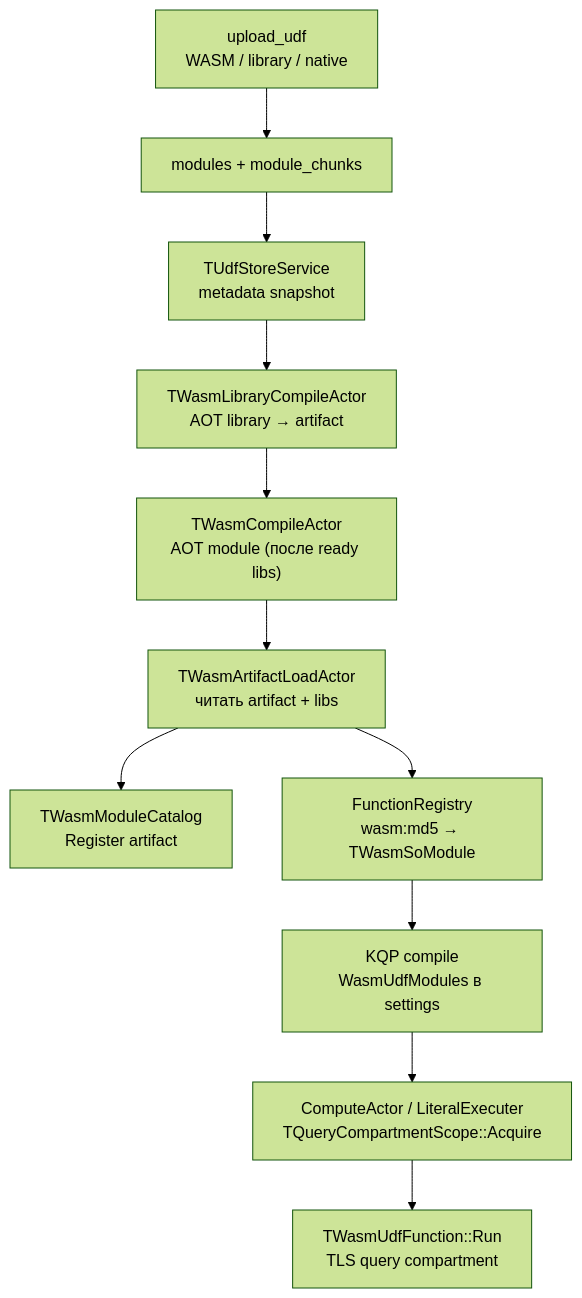
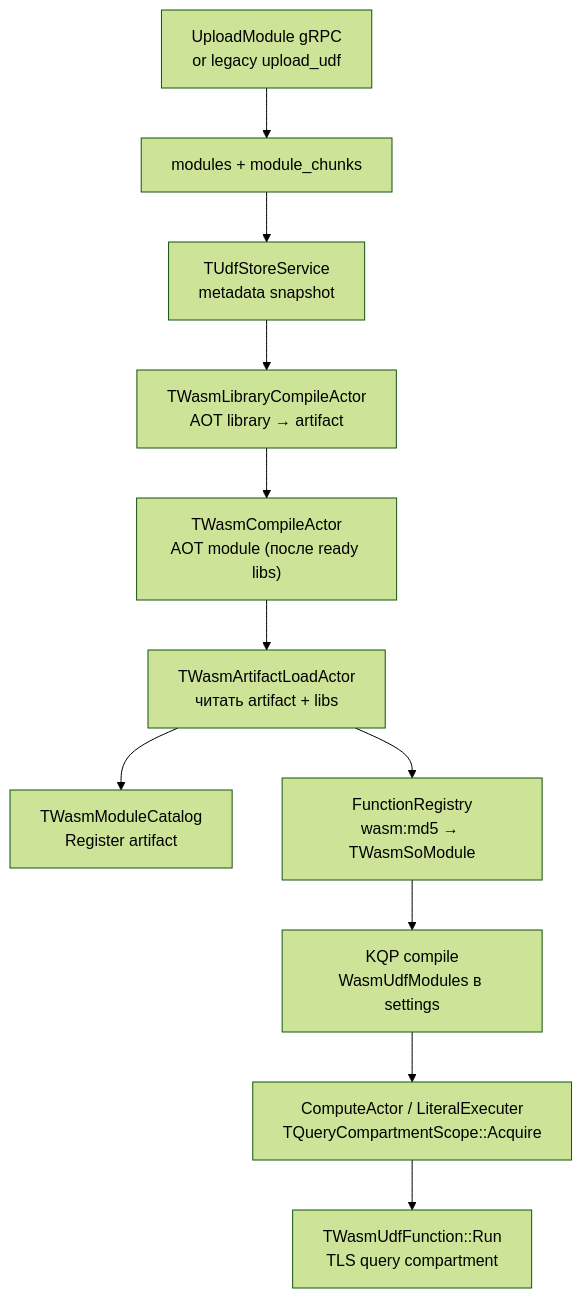
The diagram in ydb/services/udf_store/doc/wasm-udf-runtime.md (akulaad/ydb), drawn with Mermaid (forest theme) before and after one commit. The commit also changed other lines of this file and 62 other files, not shown here.

Commit message:
add native library support add upload api

````diff
--- a/ydb/services/udf_store/doc/wasm-udf-runtime.md
+++ b/ydb/services/udf_store/doc/wasm-udf-runtime.md
@@ -19,13 +19,13 @@
 ```mermaid
 flowchart TD
-  Upload["upload_udf<br/>WASM / library / native"] --> Modules["modules + module_chunks"]
+  Upload["UploadModule gRPC<br/>or legacy upload_udf"] --> Modules["modules + module_chunks"]
   Modules --> Svc["TUdfStoreService<br/>metadata snapshot"]
   Svc --> LibAOT["TWasmLibraryCompileActor<br/>AOT library → artifact"]
   LibAOT --> ModAOT["TWasmCompileActor<br/>AOT module (после ready libs)"]
   ModAOT --> Load["TWasmArtifactLoadActor<br/>читать artifact + libs"]
   Load --> Catalog["TWasmModuleCatalog<br/>Register artifact"]
   Load --> FR["FunctionRegistry<br/>wasm:md5 → TWasmSoModule"]
   FR --> Compile["KQP compile<br/>WasmUdfModules в settings"]
   Compile --> CA["ComputeActor / LiteralExecuter<br/>TQueryCompartmentScope::Acquire"]
   CA --> Run["TWasmUdfFunction::Run<br/>TLS query compartment"]
 ```
````
